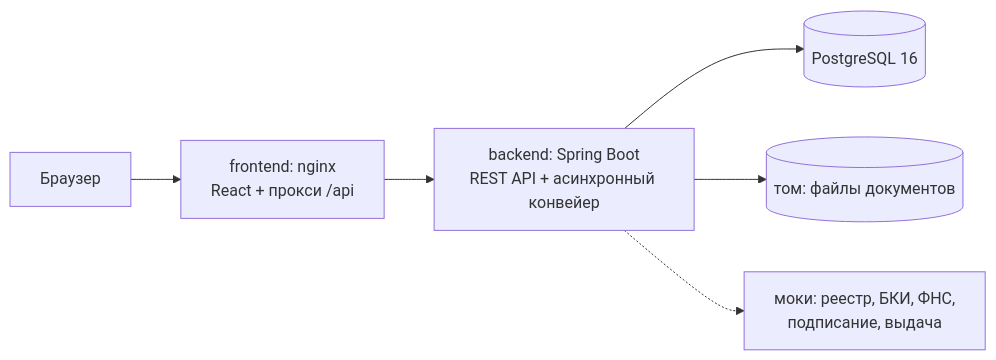
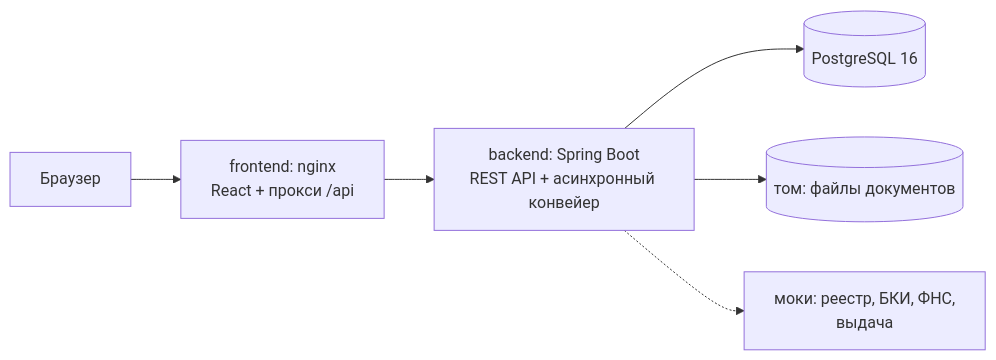
The diagram in README.md (UnknownData7/alfa-hack-2026), drawn with Mermaid before and after one commit. The commit also changed other lines of this file and 13 other files, not shown here.

````diff
--- a/README.md
+++ b/README.md
@@ -24,8 +26,8 @@
 ```mermaid
 flowchart LR
   user["Браузер"] --> nginx["frontend: nginx<br/>React + прокси /api"]
   nginx --> be["backend: Spring Boot<br/>REST API + асинхронный конвейер"]
   be --> db[("PostgreSQL 16")]
   be --> vol[("том: файлы документов")]
-  be -.-> mocks["моки: реестр, БКИ, ФНС,<br/>подписание, выдача"]
+  be -.-> mocks["моки: реестр, БКИ, ФНС,<br/>выдача"]
 ```
````
